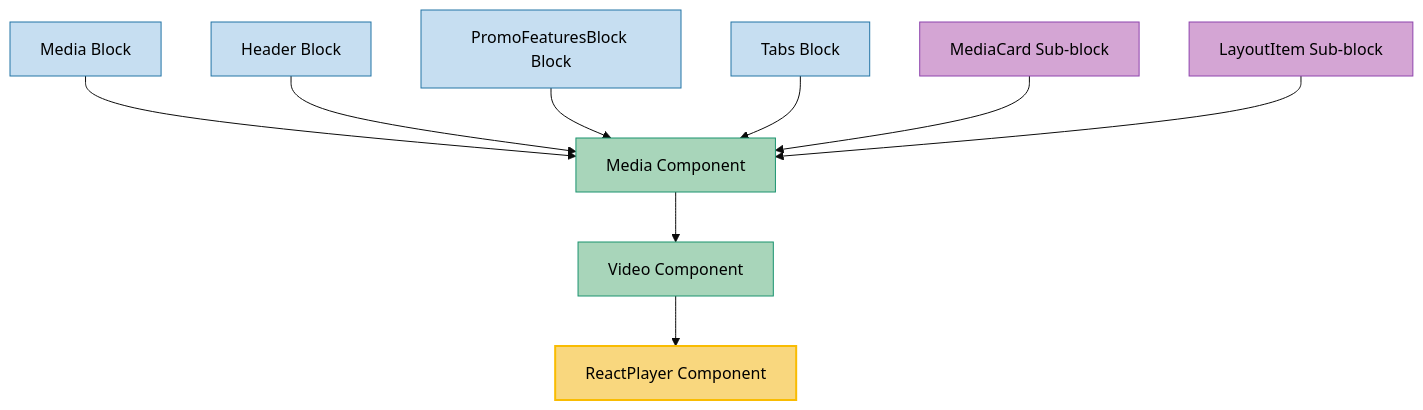
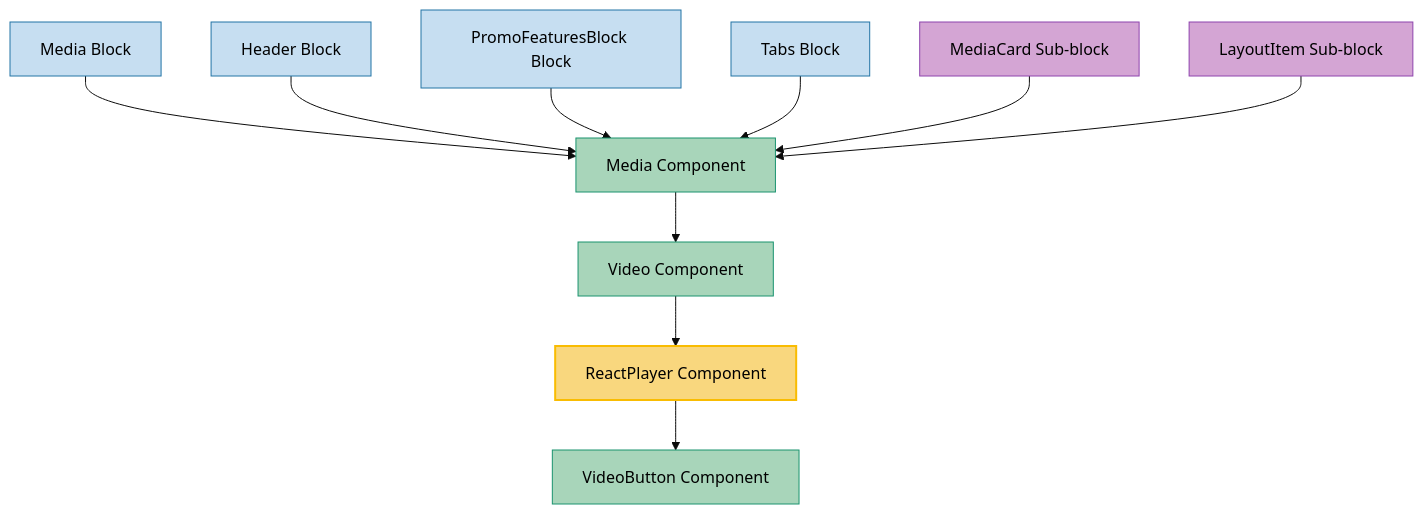
The diagram in memory-bank/usage/reactPlayer.md (gravity-ui/page-constructor), drawn with Mermaid (base theme) before and after one commit. The commit also changed other lines of this file and 17 other files, not shown here.

Commit message:
feat: custom video button theme (#1482)

````diff
--- a/memory-bank/usage/reactPlayer.md
+++ b/memory-bank/usage/reactPlayer.md
@@ -11,50 +11,53 @@
 ```mermaid
 graph TD
     %% Main Component
     ReactPlayer[ReactPlayer Component]
+    VideoButton[VideoButton Component]
 
     %% Components that use ReactPlayer
     Video[Video Component]
     Media[Media Component]
 
     %% Blocks that use ReactPlayer indirectly through Media/Video
     MediaBlock[Media Block]
     HeaderBlock[Header Block]
     PromoFeaturesBlock[PromoFeaturesBlock Block]
     TabsBlock[Tabs Block]
 
     %% Sub-blocks that use ReactPlayer indirectly
     MediaCard[MediaCard Sub-block]
     LayoutItem[LayoutItem Sub-block]
 
     %% Usage relationships
     Video --> ReactPlayer
+    ReactPlayer --> VideoButton
     Media --> Video
 
     %% Block usage through Media component
     MediaBlock --> Media
     HeaderBlock --> Media
     PromoFeaturesBlock --> Media
     TabsBlock --> Media
 
     %% Sub-block usage through Media component
     MediaCard --> Media
     LayoutItem --> Media
 
     %% Style classes
     style ReactPlayer fill:#f9d77e,stroke:#f9bc02,stroke-width:2px,color:#000
+    style VideoButton fill:#a8d5ba,stroke:#1a936f,stroke-width:1px,color:#000
 
     %% Component styles
     style Video fill:#a8d5ba,stroke:#1a936f,stroke-width:1px,color:#000
     style Media fill:#a8d5ba,stroke:#1a936f,stroke-width:1px,color:#000
 
     %% Block styles
     style MediaBlock fill:#c6def1,stroke:#2274a5,stroke-width:1px,color:#000
     style HeaderBlock fill:#c6def1,stroke:#2274a5,stroke-width:1px,color:#000
     style PromoFeaturesBlock fill:#c6def1,stroke:#2274a5,stroke-width:1px,color:#000
     style TabsBlock fill:#c6def1,stroke:#2274a5,stroke-width:1px,color:#000
 
     %% Sub-block styles
     style MediaCard fill:#d4a5d4,stroke:#8e44ad,stroke-width:1px,color:#000
     style LayoutItem fill:#d4a5d4,stroke:#8e44ad,stroke-width:1px,color:#000
 ```
````
